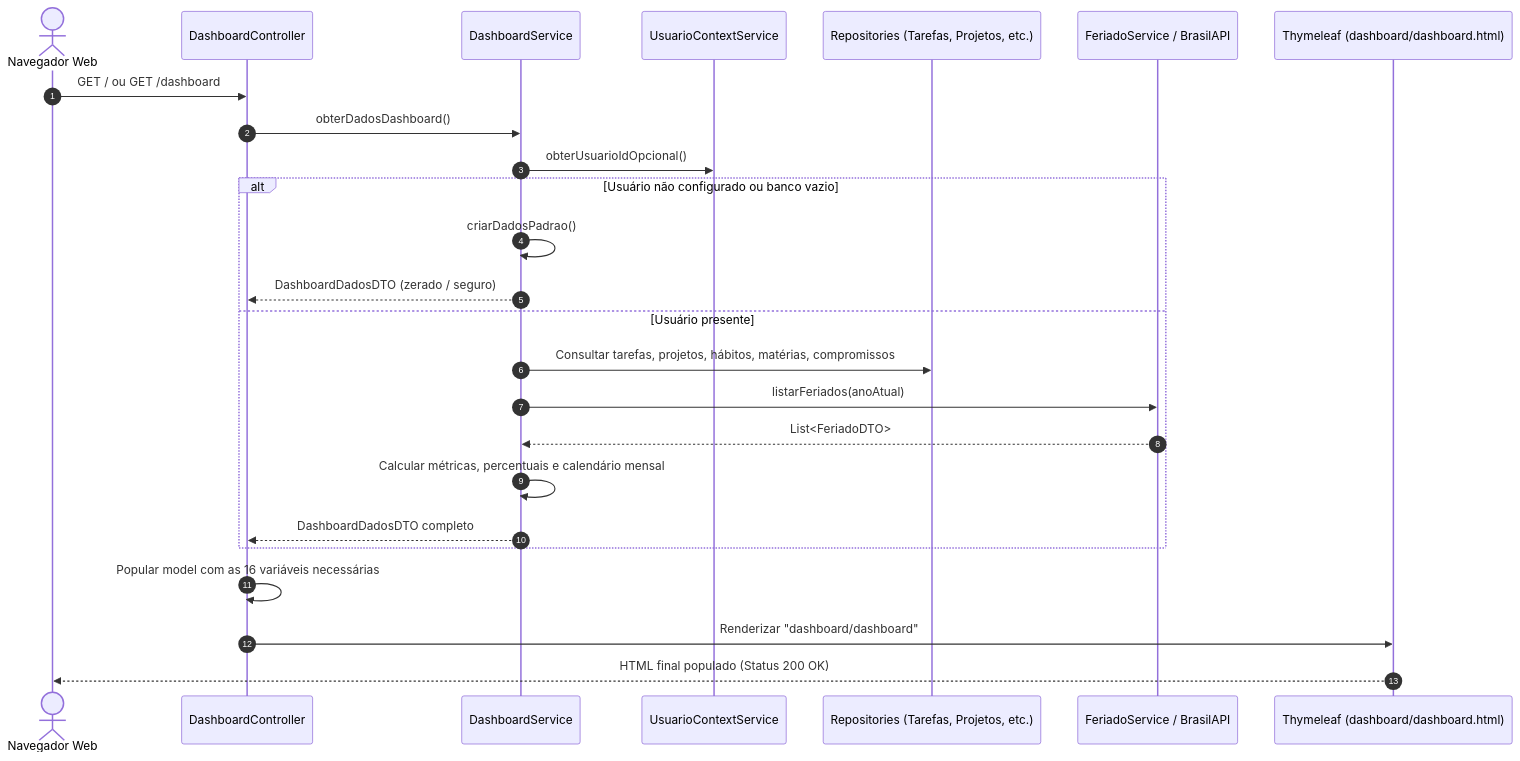
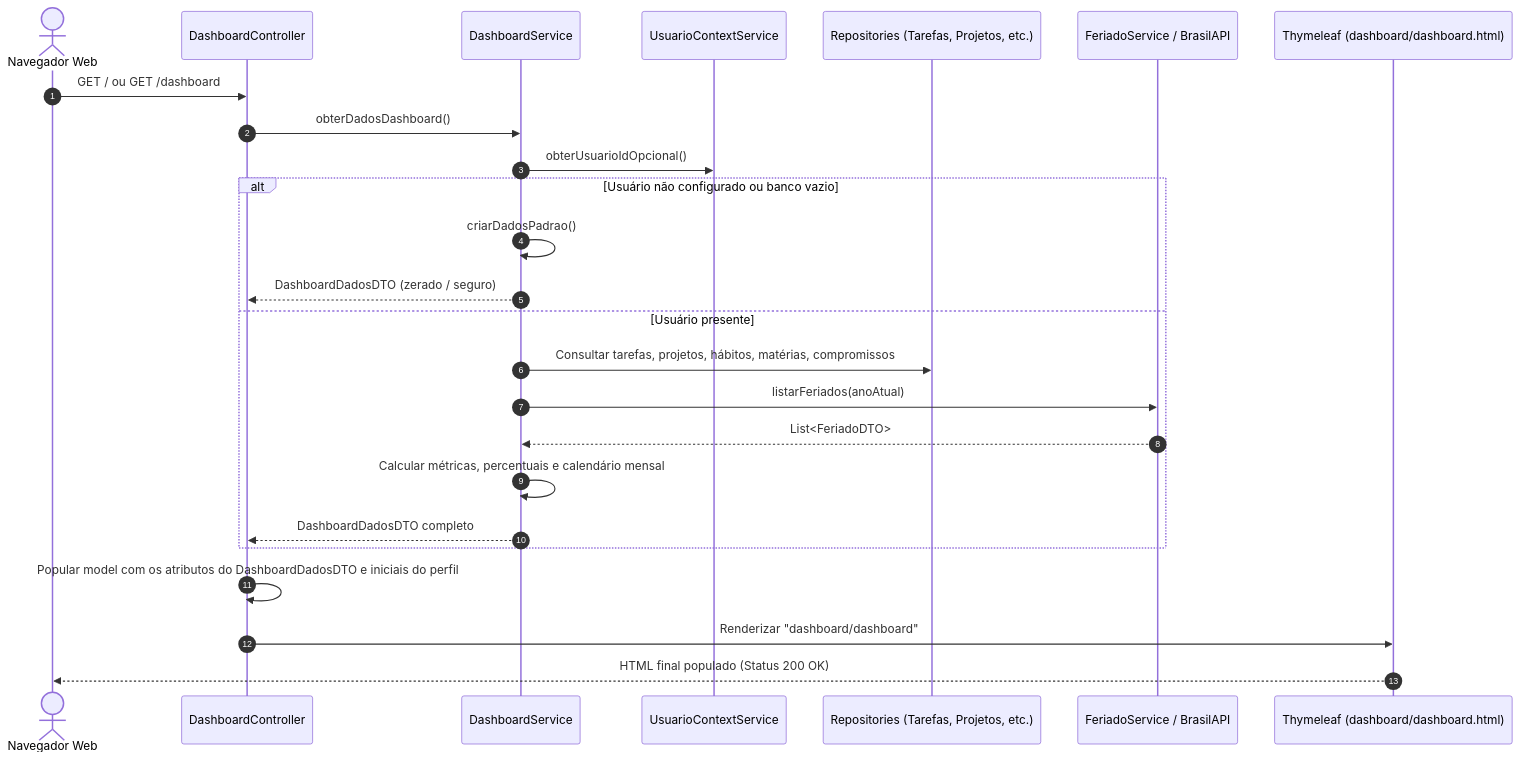
The second of 2 diagrams in docs/GUIA_TECNICO.md (ItsMazzu/intelliplan), drawn with Mermaid before and after one commit. The commit also changed other lines of this file and 64 other files, not shown here.

````diff
--- a/docs/GUIA_TECNICO.md
+++ b/docs/GUIA_TECNICO.md
@@ -125,28 +134,28 @@
 ```mermaid
 sequenceDiagram
     autonumber
     actor Navegador as Navegador Web
     participant Ctrl as DashboardController
     participant Svc as DashboardService
     participant Ctx as UsuarioContextService
     participant Repos as Repositories (Tarefas, Projetos, etc.)
     participant Feriados as FeriadoService / BrasilAPI
     participant View as Thymeleaf (dashboard/dashboard.html)
 
     Navegador->>Ctrl: GET / ou GET /dashboard
     Ctrl->>Svc: obterDadosDashboard()
     Svc->>Ctx: obterUsuarioIdOpcional()
     alt Usuário não configurado ou banco vazio
         Svc->>Svc: criarDadosPadrao()
         Svc-->>Ctrl: DashboardDadosDTO (zerado / seguro)
     else Usuário presente
         Svc->>Repos: Consultar tarefas, projetos, hábitos, matérias, compromissos
         Svc->>Feriados: listarFeriados(anoAtual)
         Feriados-->>Svc: List<FeriadoDTO>
         Svc->>Svc: Calcular métricas, percentuais e calendário mensal
         Svc-->>Ctrl: DashboardDadosDTO completo
     end
-    Ctrl->>Ctrl: Popular model com as 16 variáveis necessárias
+    Ctrl->>Ctrl: Popular model com os atributos do DashboardDadosDTO e iniciais do perfil
     Ctrl->>View: Renderizar "dashboard/dashboard"
     View-->>Navegador: HTML final populado (Status 200 OK)
 ```
````
